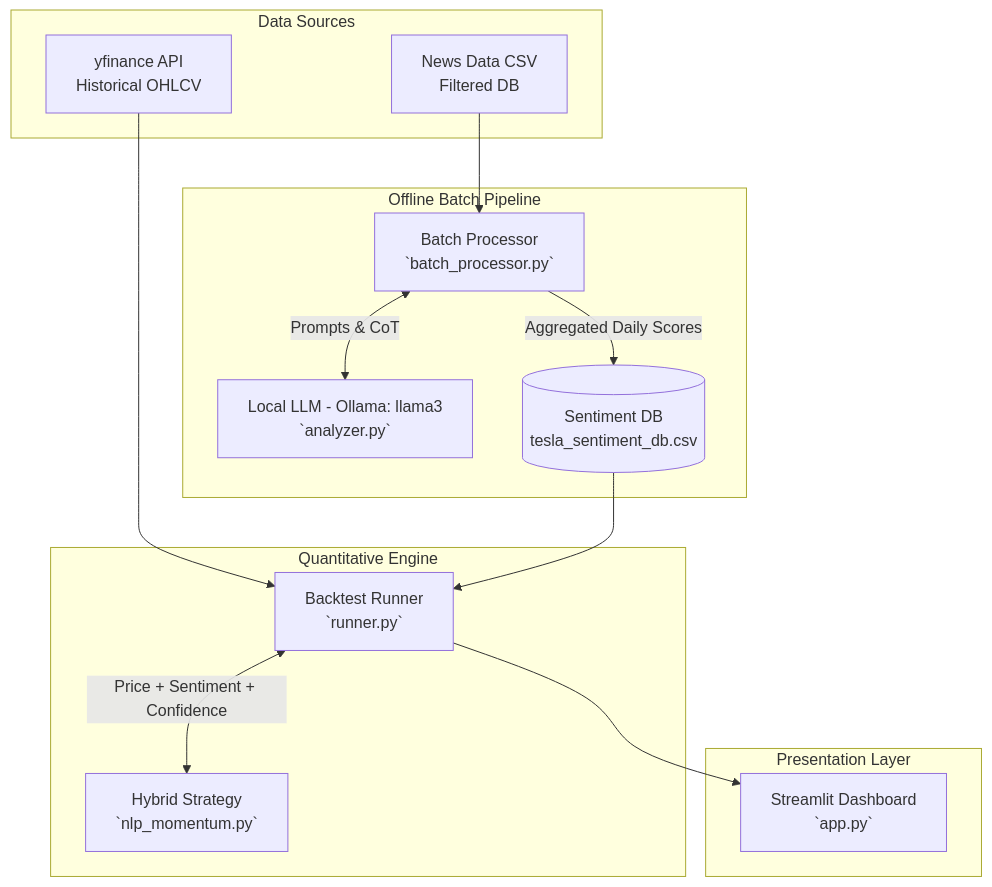
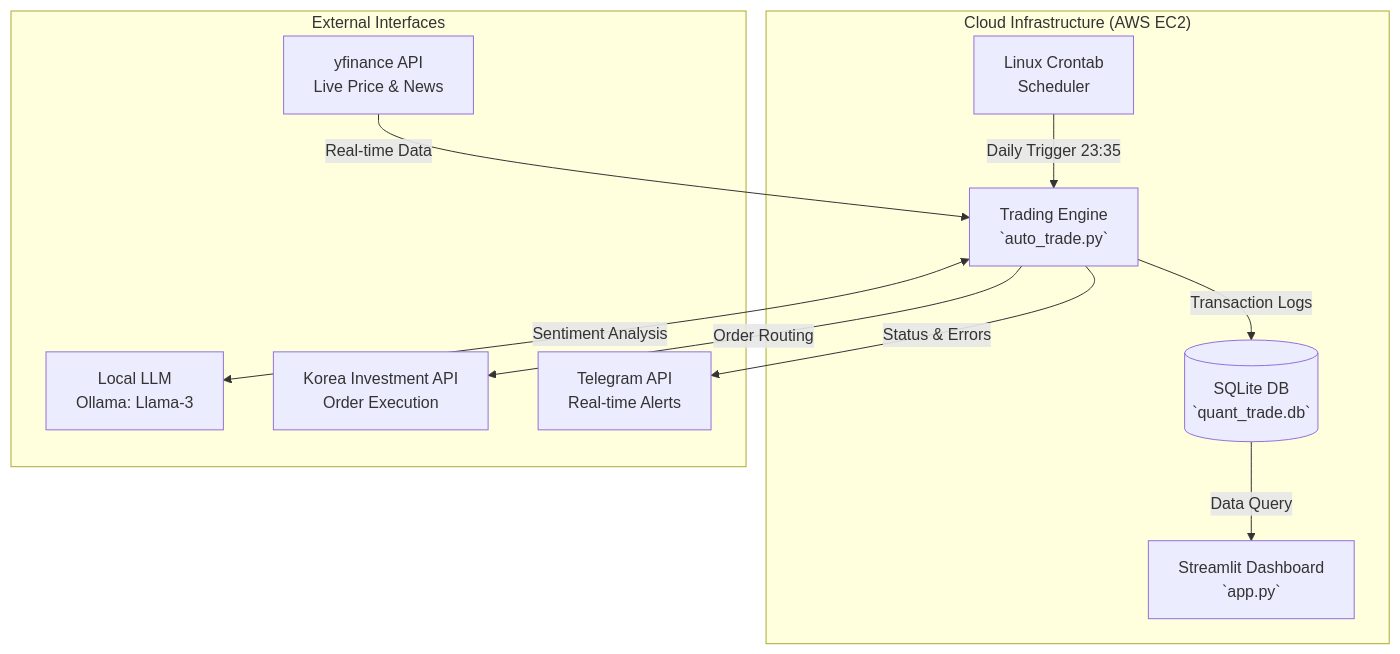
One commit to bae-kh/nlp-quant-trade changed the diagram in README.md. Above: the diagram before and after it, drawn with Mermaid. The commit also changed other lines of this file, not shown here.

````diff
--- a/README.md
+++ b/README.md
@@ -7,31 +25,24 @@
 ```mermaid
 graph TD
-    subgraph Data Sources
-        YF[yfinance API<br>Historical OHLCV]
-        CSV[News Data CSV<br>Filtered DB]
+    subgraph Cloud_AWS ["Cloud Infrastructure (AWS EC2)"]
+        CRON[Linux Crontab<br>Scheduler]
+        AT[Trading Engine<br>`auto_trade.py`]
+        DB[(SQLite DB<br>`quant_trade.db`)]
+        UI[Streamlit Dashboard<br>`app.py`]
     end
 
-    subgraph Offline Batch Pipeline
-        BP[Batch Processor<br>`batch_processor.py`]
-        LLM[Local LLM - Ollama: llama3<br>`analyzer.py`]
-        SDB[(Sentiment DB<br>tesla_sentiment_db.csv)]
-        
-        CSV --> BP
-        BP <--> |Prompts & CoT| LLM
-        BP --> |Aggregated Daily Scores| SDB
+    subgraph External_API ["External Interfaces"]
+        YF[yfinance API<br>Live Price & News]
+        LLM[Local LLM<br>Ollama: Llama-3]
+        KIS[Korea Investment API<br>Order Execution]
+        TG[Telegram API<br>Real-time Alerts]
     end
 
-    subgraph Quantitative Engine
-        BT[Backtest Runner<br>`runner.py`]
-        ST[Hybrid Strategy<br>`nlp_momentum.py`]
-        
-        YF --> BT
-        SDB --> BT
-        BT <--> |Price + Sentiment + Confidence| ST
-    end
-
-    subgraph Presentation Layer
-        UI[Streamlit Dashboard<br>`app.py`]
-        BT --> UI
-    end
+    CRON -->|Daily Trigger 23:35| AT
+    YF -->|Real-time Data| AT
+    AT <-->|Sentiment Analysis| LLM
+    AT -->|Order Routing| KIS
+    AT -->|Transaction Logs| DB
+    AT -->|Status & Errors| TG
+    DB -->|Data Query| UI
 ```
````
